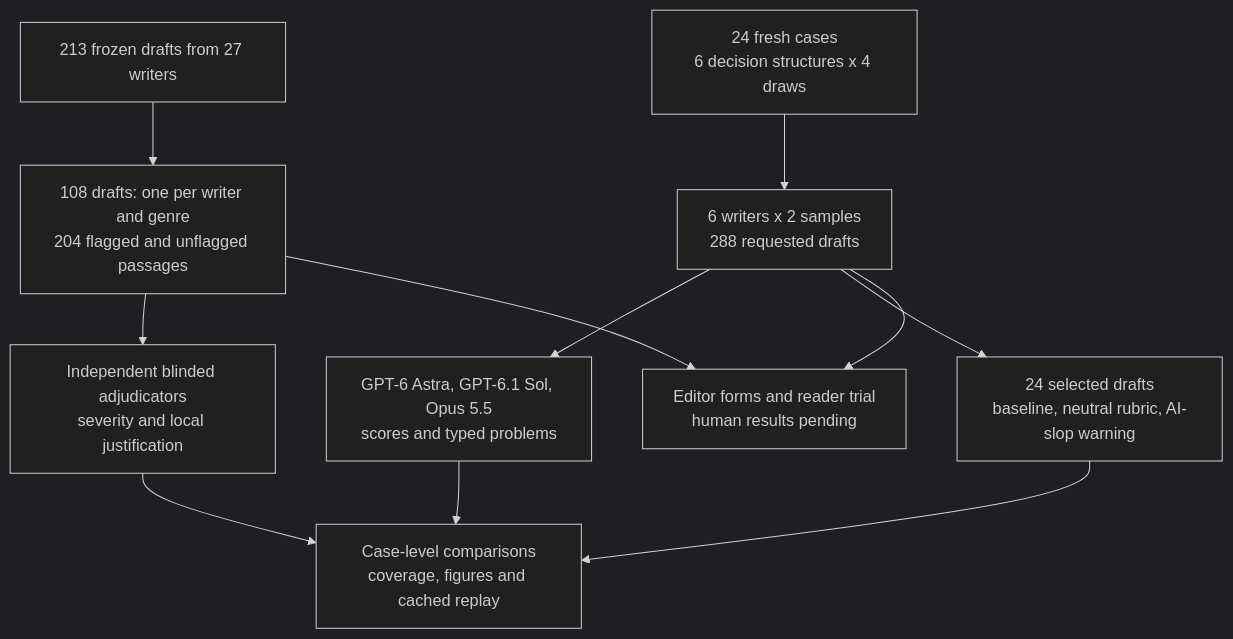
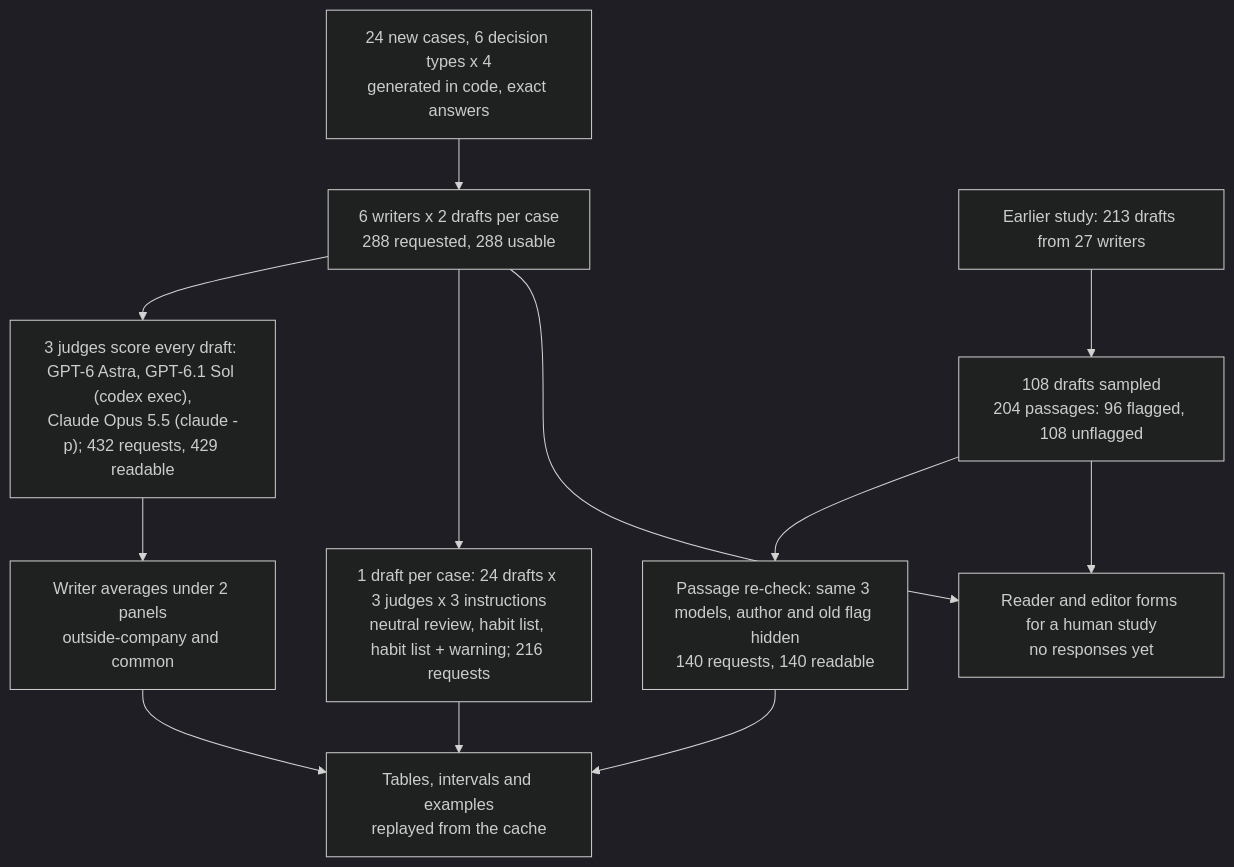
One commit to k-sandhu/experiment-notebooks changed the first of 3 diagrams in notebooks/17-writing-validation-extension/README.md. Above: the diagram before and after it, drawn with Mermaid (dark theme). The commit also changed other lines of this file and 2 other files, not shown here.

````diff
--- a/notebooks/17-writing-validation-extension/README.md
+++ b/notebooks/17-writing-validation-extension/README.md
@@ -43,13 +98,14 @@
 ```mermaid
 flowchart TD
- A["213 frozen drafts from 27 writers"] --> B["108 drafts: one per writer and genre<br/>204 flagged and unflagged passages"]
- C["24 fresh cases<br/>6 decision structures x 4 draws"] --> D["6 writers x 2 samples<br/>288 requested drafts"]
- D --> E["GPT-6 Astra, GPT-6.1 Sol, Opus 5.5<br/>scores and typed problems"]
- B --> F["Independent blinded adjudicators<br/>severity and local justification"]
- D --> G["24 selected drafts<br/>baseline, neutral rubric, AI-slop warning"]
- B --> H["Editor forms and reader trial<br/>human results pending"]
- D --> H
- E --> I["Case-level comparisons<br/>coverage, figures and cached replay"]
- F --> I
- G --> I
+    A["24 new cases, 6 decision types x 4<br/>generated in code, exact answers"] --> D["6 writers x 2 drafts per case<br/>288 requested, 288 usable"]
+    D --> E["3 judges score every draft: GPT-6 Astra, GPT-6.1 Sol (codex exec),<br/>Claude Opus 5.5 (claude -p); 432 requests, 429 readable"]
+    E --> I["Writer averages under 2 panels<br/>outside-company and common"]
+    D --> G["1 draft per case: 24 drafts x 3 judges x 3 instructions<br/>neutral review, habit list, habit list + warning; 216 requests"]
+    B0["Earlier study: 213 drafts from 27 writers"] --> B["108 drafts sampled<br/>204 passages: 96 flagged, 108 unflagged"]
+    B --> F["Passage re-check: same 3 models, author and old flag hidden<br/>140 requests, 140 readable"]
+    B --> H["Reader and editor forms for a human study<br/>no responses yet"]
+    D --> H
+    I --> R["Tables, intervals and examples<br/>replayed from the cache"]
+    F --> R
+    G --> R
 ```
````
